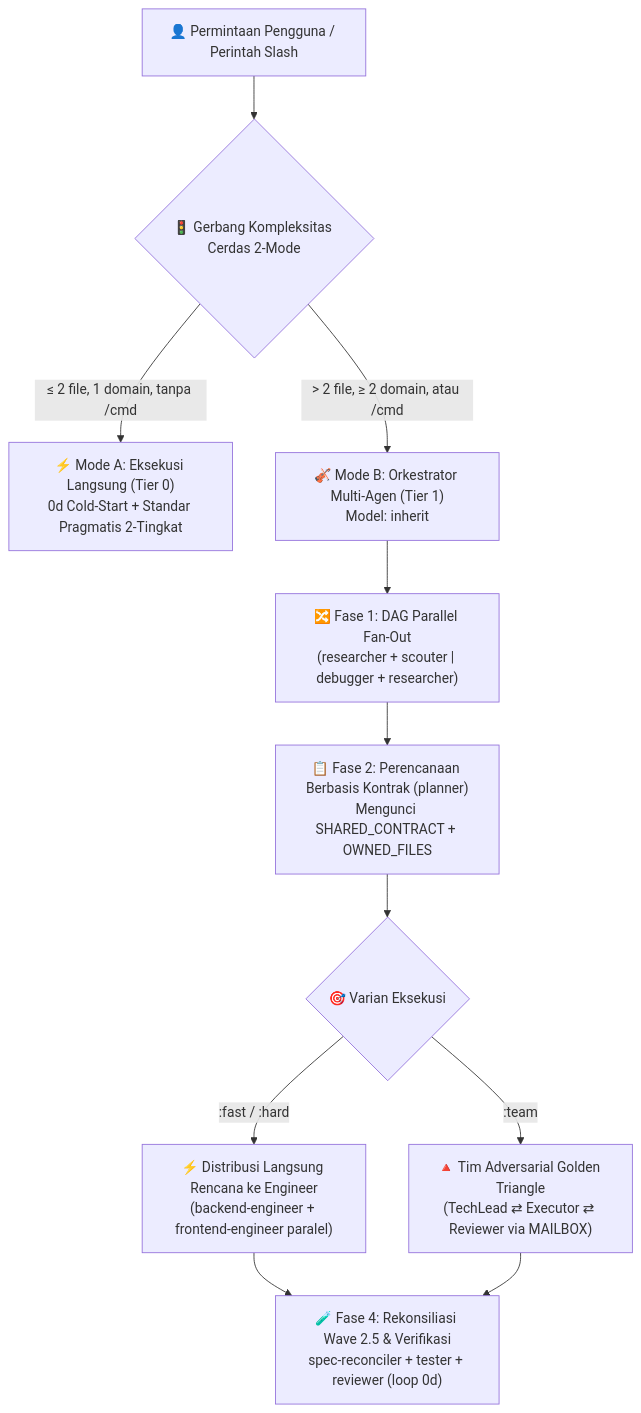
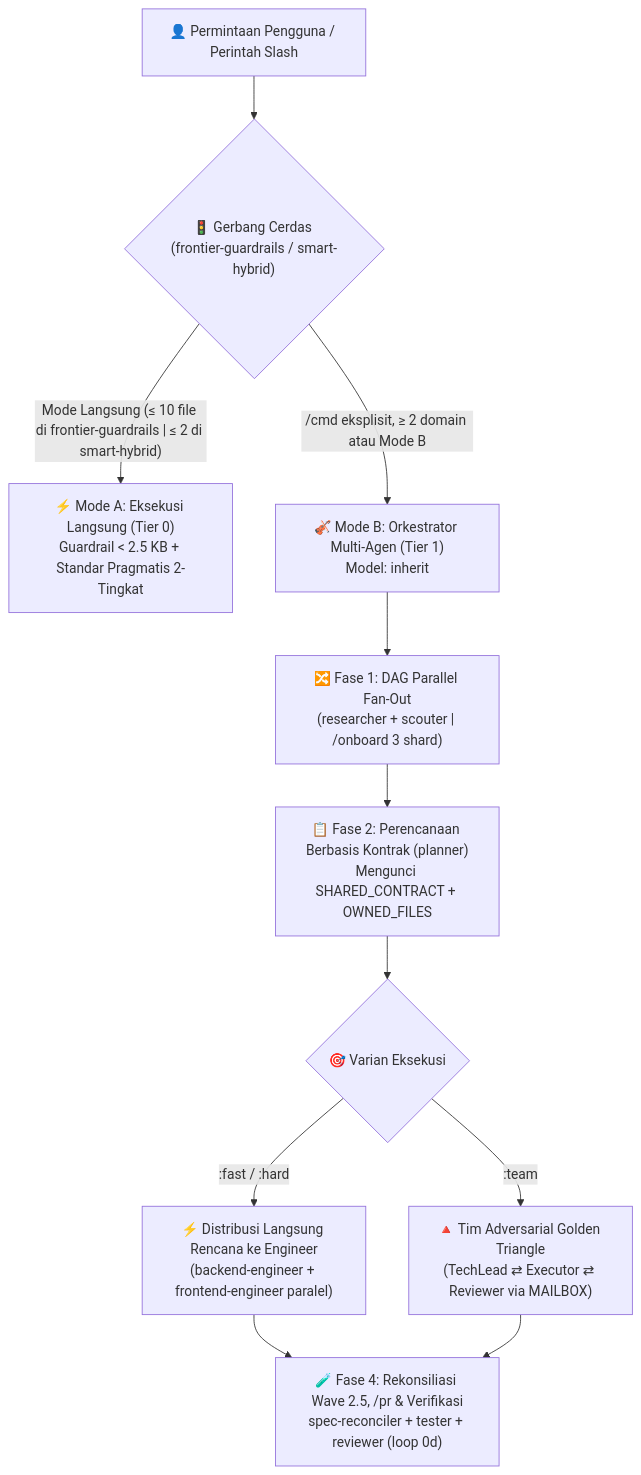
One commit to Kennyboom/BoomOpen-Workflow-Kit-Pro changed the diagram in i18n/README.id.md. Above: the diagram before and after it, drawn with Mermaid. The commit also changed other lines of this file and 99 other files, not shown here.

````diff
--- a/i18n/README.id.md
+++ b/i18n/README.id.md
@@ -49,16 +59,16 @@
 ```mermaid
 flowchart TD
-    User["👤 Permintaan Pengguna / Perintah Slash"] --> Gate{"🚦 Gerbang Kompleksitas Cerdas 2-Mode"}
-    Gate -->|"≤ 2 file, 1 domain, tanpa /cmd"| ModeA["⚡ Mode A: Eksekusi Langsung (Tier 0)<br/>0d Cold-Start + Standar Pragmatis 2-Tingkat"]
-    Gate -->|"> 2 file, ≥ 2 domain, atau /cmd"| ModeB["🎻 Mode B: Orkestrator Multi-Agen (Tier 1)<br/>Model: inherit"]
+    User["👤 Permintaan Pengguna / Perintah Slash"] --> Gate{"🚦 Gerbang Cerdas (frontier-guardrails / smart-hybrid)"}
+    Gate -->|"Mode Langsung (≤ 10 file di frontier-guardrails | ≤ 2 di smart-hybrid)"| ModeA["⚡ Mode A: Eksekusi Langsung (Tier 0)<br/>Guardrail < 2.5 KB + Standar Pragmatis 2-Tingkat"]
+    Gate -->|"/cmd eksplisit, ≥ 2 domain atau Mode B"| ModeB["🎻 Mode B: Orkestrator Multi-Agen (Tier 1)<br/>Model: inherit"]
 
-    ModeB --> FanOut["🔀 Fase 1: DAG Parallel Fan-Out<br/>(researcher + scouter | debugger + researcher)"]
+    ModeB --> FanOut["🔀 Fase 1: DAG Parallel Fan-Out<br/>(researcher + scouter | /onboard 3 shard)"]
     FanOut --> Plan["📋 Fase 2: Perencanaan Berbasis Kontrak (planner)<br/>Mengunci SHARED_CONTRACT + OWNED_FILES"]
     Plan --> Dispatch{"🎯 Varian Eksekusi"}
 
     Dispatch -->|":fast / :hard"| Direct["⚡ Distribusi Langsung Rencana ke Engineer<br/>(backend-engineer + frontend-engineer paralel)"]
     Dispatch -->|":team"| Triangle["🔺 Tim Adversarial Golden Triangle<br/>(TechLead ⇄ Executor ⇄ Reviewer via MAILBOX)"]
 
-    Direct --> Verify["🧪 Fase 4: Rekonsiliasi Wave 2.5 & Verifikasi<br/>spec-reconciler + tester + reviewer (loop 0d)"]
+    Direct --> Verify["🧪 Fase 4: Rekonsiliasi Wave 2.5, /pr & Verifikasi<br/>spec-reconciler + tester + reviewer (loop 0d)"]
     Triangle --> Verify
 ```
````
